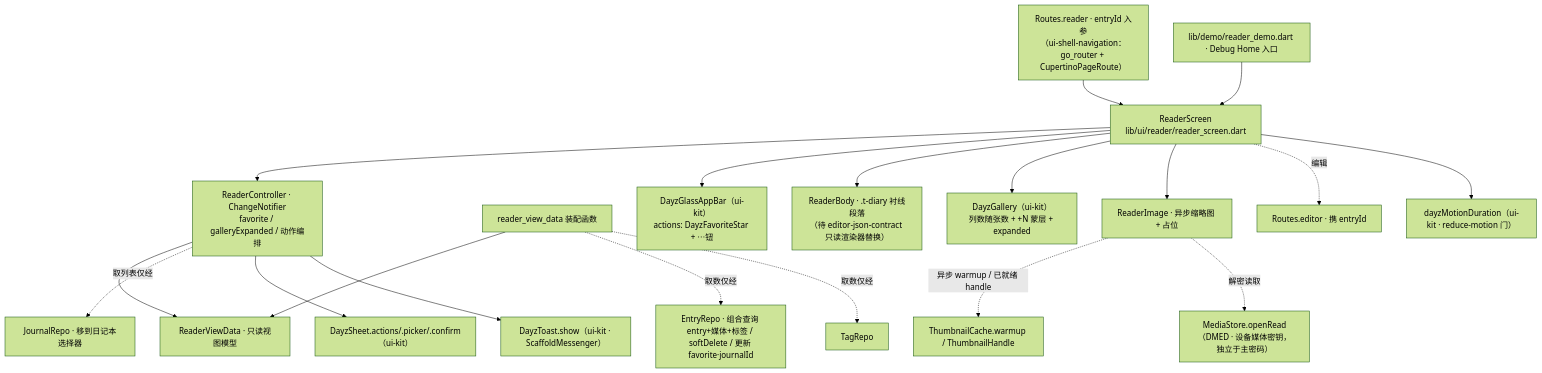
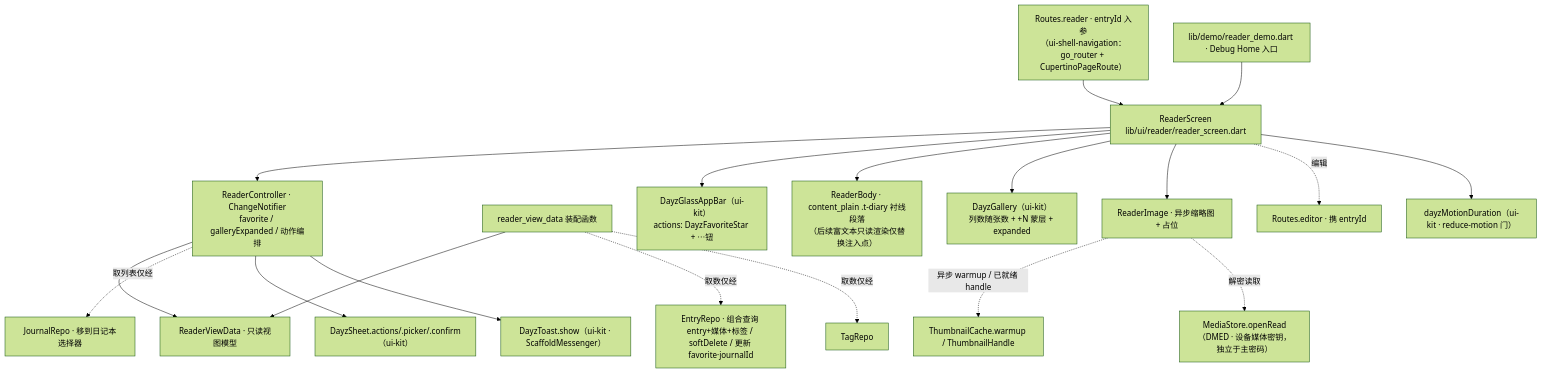
The diagram in specs/active/reader-screen/design.md (cr1992/DayZ), drawn with Mermaid (forest theme) before and after one commit. The commit also changed other lines of this file and 3 other files, not shown here.

Commit message:
docs: record reader screen body scope

````diff
--- a/specs/active/reader-screen/design.md
+++ b/specs/active/reader-screen/design.md
@@ -90,21 +90,21 @@
 ```mermaid
 graph TD
   ROUTE[Routes.reader · entryId 入参\n（ui-shell-navigation：go_router + CupertinoPageRoute）] --> RS[ReaderScreen\nlib/ui/reader/reader_screen.dart]
   RS --> CTRL[ReaderController · ChangeNotifier\nfavorite / galleryExpanded / 动作编排]
   CTRL --> VD[ReaderViewData · 只读视图模型]
   ASM[reader_view_data 装配函数] --> VD
   ASM -. 取数仅经 .-> ER[EntryRepo · 组合查询 entry+媒体+标签 / softDelete / 更新 favorite·journalId]
   ASM -. 取数仅经 .-> TR[TagRepo]
   CTRL -. 取列表仅经 .-> JR[JournalRepo · 移到日记本选择器]
   RS --> BAR[DayzGlassAppBar（ui-kit）\nactions: DayzFavoriteStar + ⋯钮]
-  RS --> BODY[ReaderBody · .t-diary 衬线段落\n（待 editor-json-contract 只读渲染器替换）]
+  RS --> BODY[ReaderBody · content_plain .t-diary 衬线段落\n（后续富文本只读渲染仅替换注入点）]
   RS --> GAL[DayzGallery（ui-kit）\n列数随张数 + +N 蒙层 + expanded]
   RS --> IMG[ReaderImage · 异步缩略图 + 占位]
   IMG -. 异步 warmup / 已就绪 handle .-> TC[ThumbnailCache.warmup / ThumbnailHandle]
   IMG -. 解密读取 .-> MS[MediaStore.openRead（DMED · 设备媒体密钥，独立于主密码）]
   CTRL --> SHEET[DayzSheet.actions/.picker/.confirm（ui-kit）]
   CTRL --> TOAST[DayzToast.show（ui-kit · ScaffoldMessenger）]
   RS -. 编辑 .-> RED[Routes.editor · 携 entryId]
   RS --> MO[dayzMotionDuration（ui-kit · reduce-motion 门）]
   DEMO[lib/demo/reader_demo.dart · Debug Home 入口] --> RS
 ```
````
